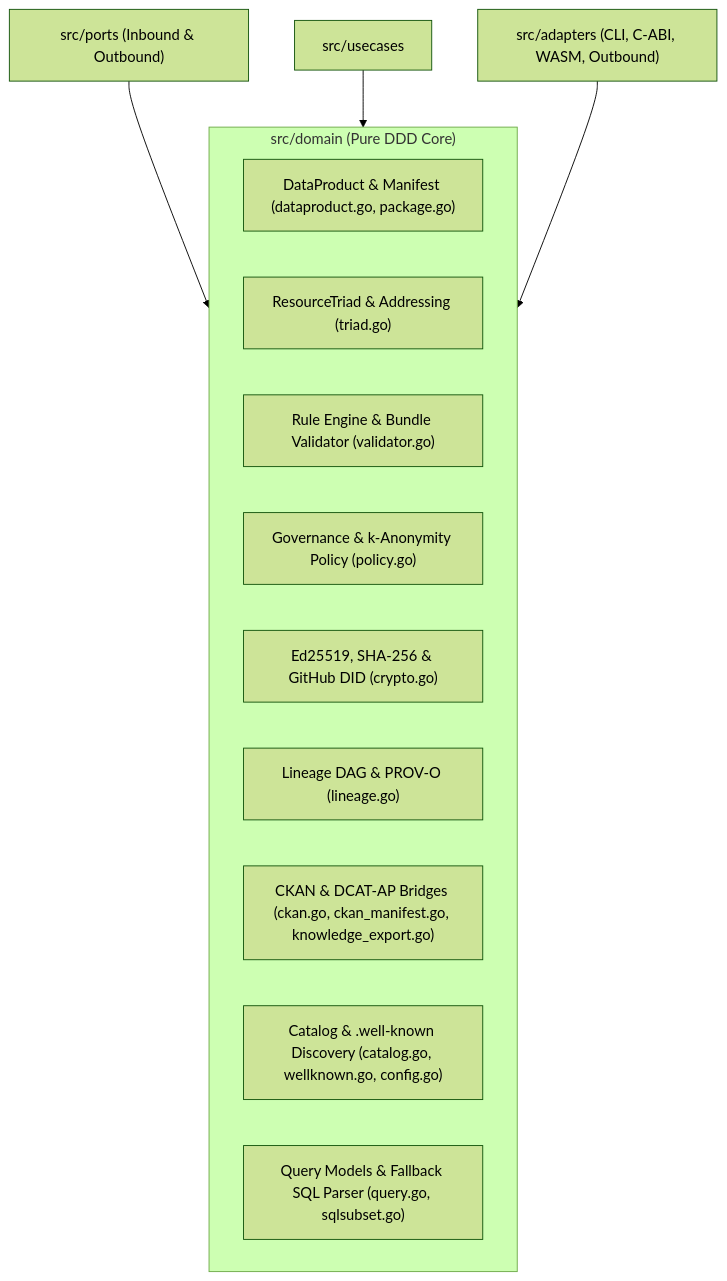
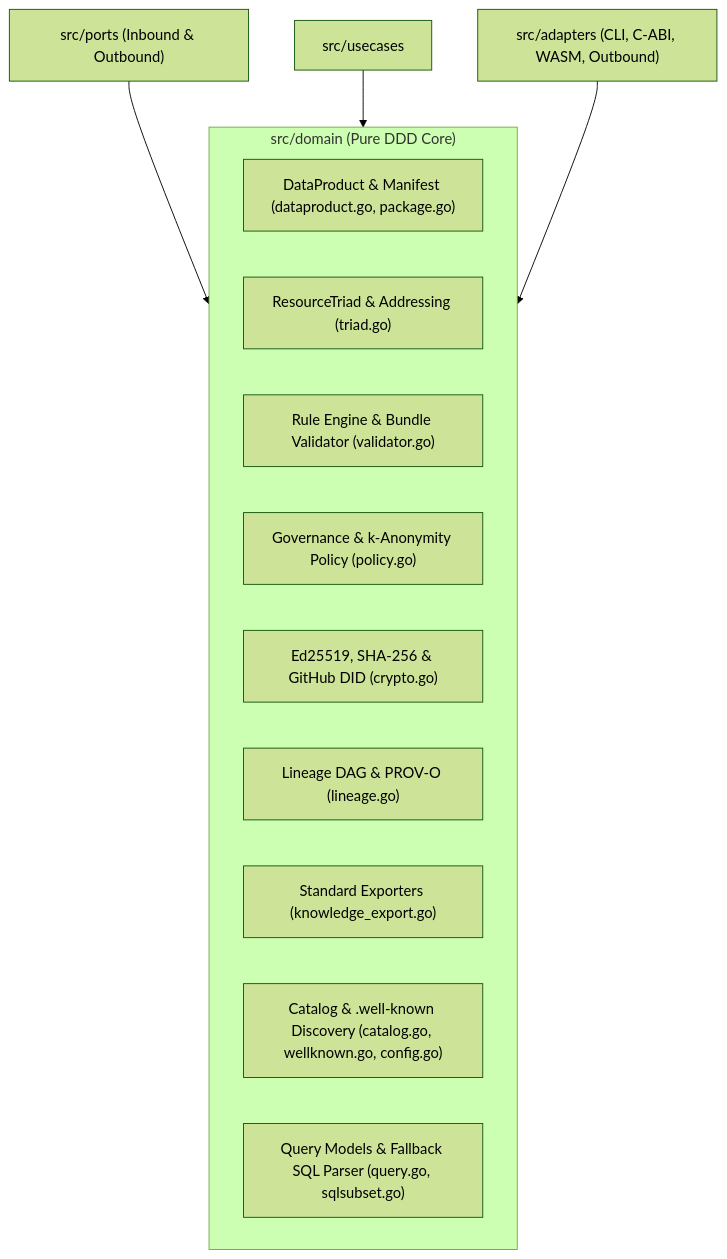
One commit to datosbolivia/open-knowledge-format changed the diagram in src/domain/README.md. Above: the diagram before and after it, drawn with Mermaid (forest theme). The commit also changed other lines of this file and 14 other files, not shown here.

````diff
--- a/src/domain/README.md
+++ b/src/domain/README.md
@@ -11,18 +11,18 @@
 ```mermaid
 flowchart TD
     subgraph Domain["src/domain (Pure DDD Core)"]
         DP["DataProduct & Manifest (dataproduct.go, package.go)"]
         TR["ResourceTriad & Addressing (triad.go)"]
         VAL["Rule Engine & Bundle Validator (validator.go)"]
         POL["Governance & k-Anonymity Policy (policy.go)"]
         CRY["Ed25519, SHA-256 & GitHub DID (crypto.go)"]
         LIN["Lineage DAG & PROV-O (lineage.go)"]
-        CKAN["CKAN & DCAT-AP Bridges (ckan.go, ckan_manifest.go, knowledge_export.go)"]
+        EXP["Standard Exporters (knowledge_export.go)"]
         CAT["Catalog & .well-known Discovery (catalog.go, wellknown.go, config.go)"]
         SQL["Query Models & Fallback SQL Parser (query.go, sqlsubset.go)"]
     end
 
     Ports["src/ports (Inbound & Outbound)"] --> Domain
     Usecases["src/usecases"] --> Domain
     Adapters["src/adapters (CLI, C-ABI, WASM, Outbound)"] --> Domain
 ```
````
